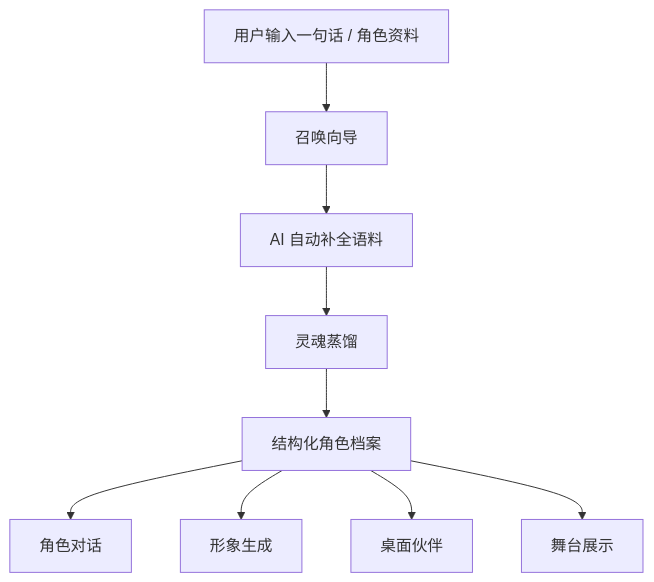
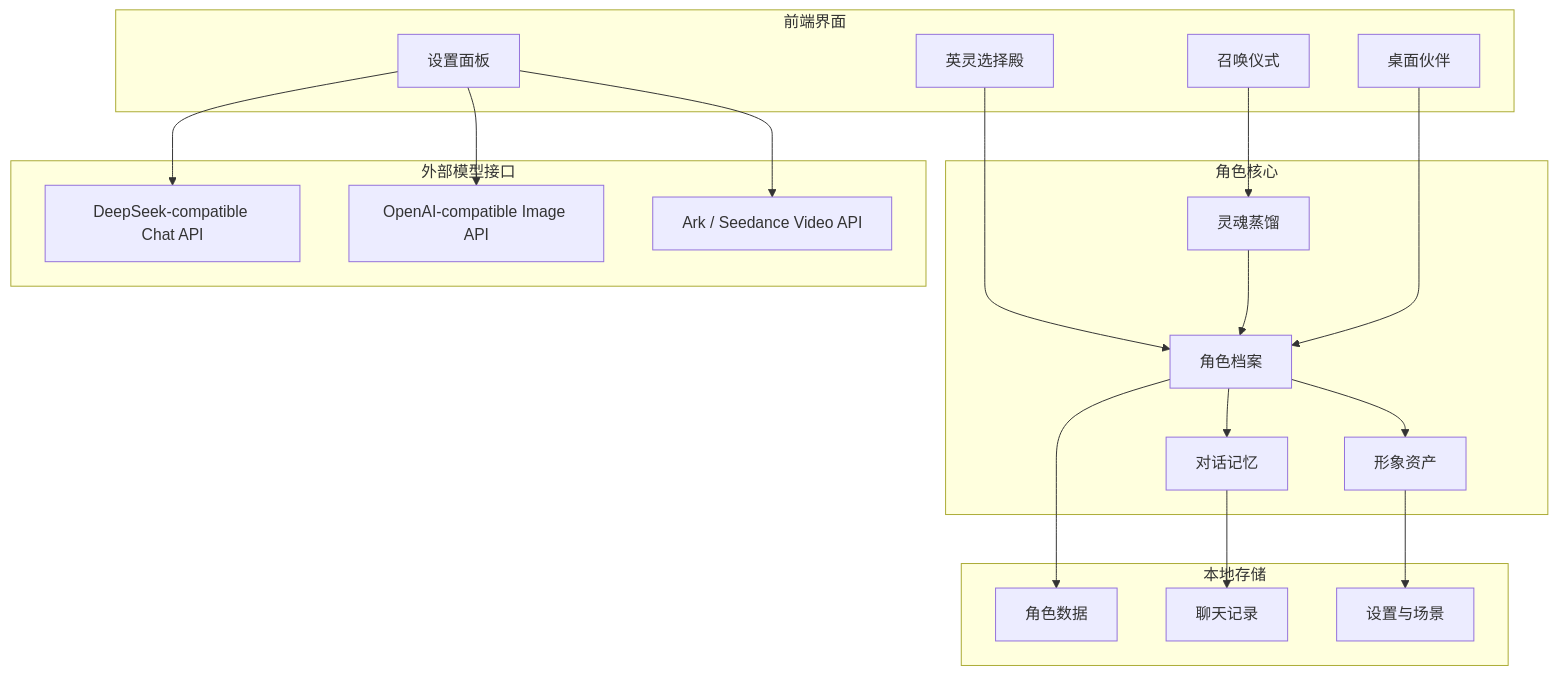
Before and after one commit to zhangtianruiwork-droid/Third-Kind-Contact: the second of 2 diagrams in README.md, drawn with Mermaid. The commit also changed other lines of this file, not shown here.

````diff
--- a/README.md
+++ b/README.md
@@ -125,11 +159,41 @@
 ```mermaid
 flowchart TD
-  A["用户输入一句话 / 角色资料"] --> B["召唤向导"]
-  B --> C["AI 自动补全语料"]
-  C --> D["灵魂蒸馏"]
-  D --> E["结构化角色档案"]
-  E --> F["角色对话"]
-  E --> G["形象生成"]
-  E --> H["桌面伙伴"]
-  E --> I["舞台展示"]
+  subgraph UI["前端界面"]
+    A["英灵选择殿"]
+    B["召唤仪式"]
+    C["设置面板"]
+    D["桌面伙伴"]
+  end
+
+  subgraph Core["角色核心"]
+    E["角色档案"]
+    F["灵魂蒸馏"]
+    G["对话记忆"]
+    H["形象资产"]
+  end
+
+  subgraph APIs["外部模型接口"]
+    I["DeepSeek-compatible Chat API"]
+    J["OpenAI-compatible Image API"]
+    K["Ark / Seedance Video API"]
+  end
+
+  subgraph Local["本地存储"]
+    L["角色数据"]
+    M["聊天记录"]
+    N["设置与场景"]
+  end
+
+  A --> E
+  B --> F
+  C --> I
+  C --> J
+  C --> K
+  F --> E
+  E --> G
+  E --> H
+  D --> E
+  E --> L
+  G --> M
+  H --> N
 ```
````
